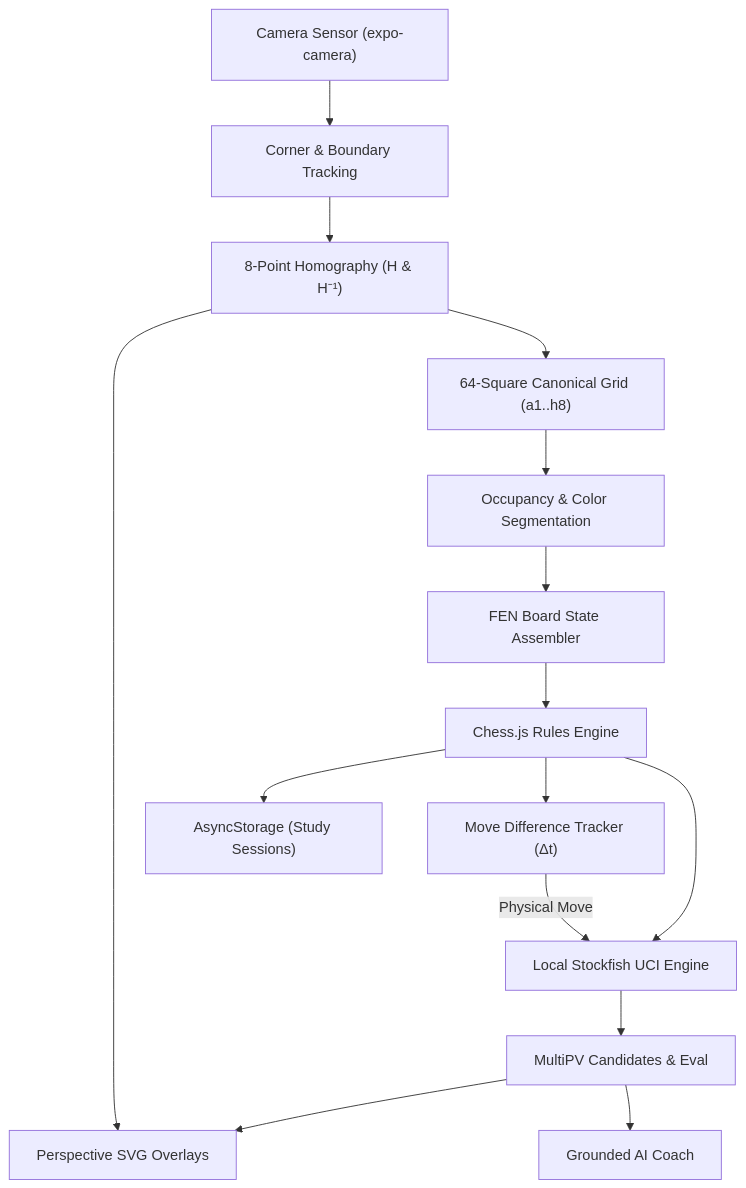
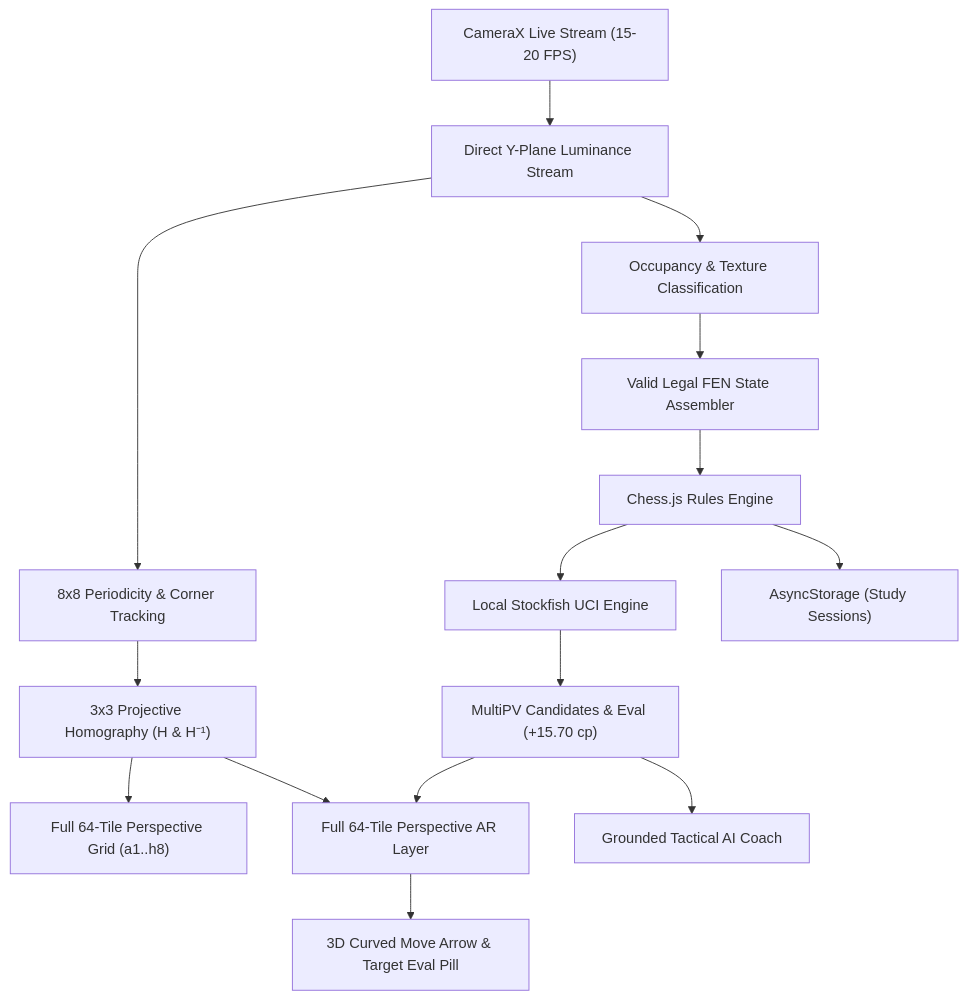
The diagram in docs/ARCHITECTURE.md (darknecrocities/CheckmateAR), drawn with Mermaid before and after one commit. The commit also changed other lines of this file and 3 other files, not shown here.

First line of the commit message:
docs: update architectural flow, CameraX stream reference, 64-tile AR perspective, and test reports

````diff
--- a/docs/ARCHITECTURE.md
+++ b/docs/ARCHITECTURE.md
@@ -6,17 +6,17 @@
 ```mermaid
 flowchart TD
-    Camera["Camera Sensor (expo-camera)"] --> Quad["Corner & Boundary Tracking"]
-    Quad --> Homography["8-Point Homography (H & H⁻¹)"]
-    Homography --> TileMap["64-Square Canonical Grid (a1..h8)"]
-    TileMap --> Classifier["Occupancy & Color Segmentation"]
-    Classifier --> FEN["FEN Board State Assembler"]
+    Camera["CameraX Live Stream (15-20 FPS)"] --> Frame["Direct Y-Plane Luminance Stream"]
+    Frame --> CornerTrack["8x8 Periodicity & Corner Tracking"]
+    CornerTrack --> Homography["3x3 Projective Homography (H & H⁻¹)"]
+    Homography --> TileMap["Full 64-Tile Perspective Grid (a1..h8)"]
+    Frame --> PieceTokens["Occupancy & Texture Classification"]
+    PieceTokens --> FEN["Valid Legal FEN State Assembler"]
     FEN --> Validator["Chess.js Rules Engine"]
     Validator --> Stockfish["Local Stockfish UCI Engine"]
-    Validator --> DiffTracker["Move Difference Tracker (Δt)"]
-    Stockfish --> MultiPV["MultiPV Candidates & Eval"]
-    MultiPV --> AR["Perspective SVG Overlays"]
-    Homography --> AR
-    MultiPV --> Coach["Grounded AI Coach"]
-    DiffTracker -->|Physical Move| Stockfish
+    Stockfish --> MultiPV["MultiPV Candidates & Eval (+15.70 cp)"]
+    Homography --> AR["Full 64-Tile Perspective AR Layer"]
+    MultiPV --> AR
+    AR --> TacticalArrows["3D Curved Move Arrow & Target Eval Pill"]
+    MultiPV --> Coach["Grounded Tactical AI Coach"]
     Validator --> LocalStore["AsyncStorage (Study Sessions)"]
 ```
````
